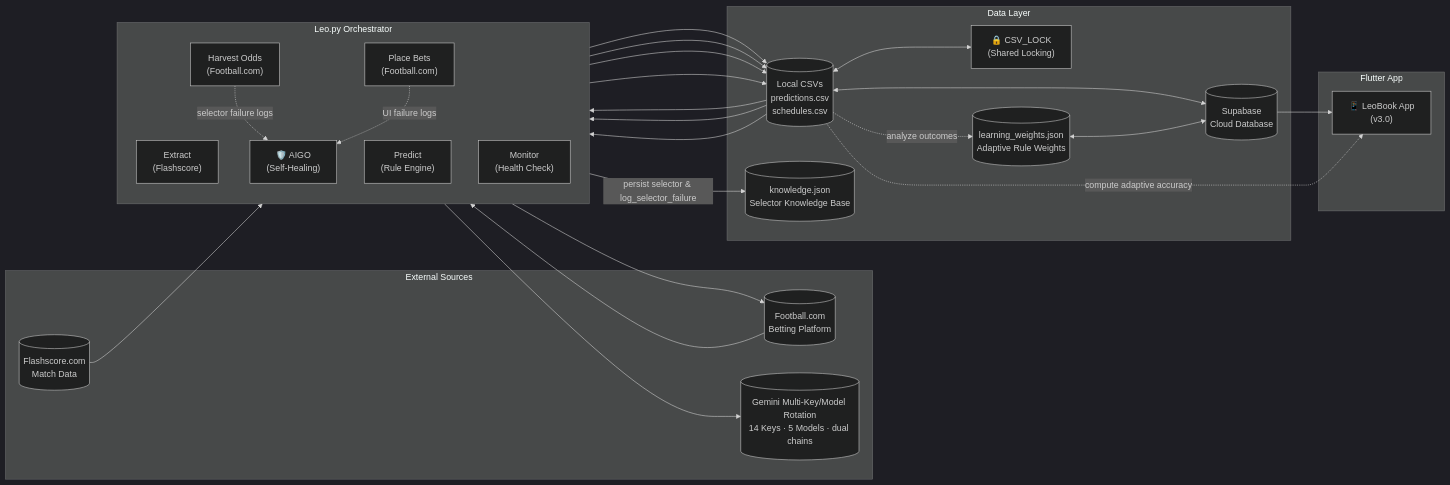
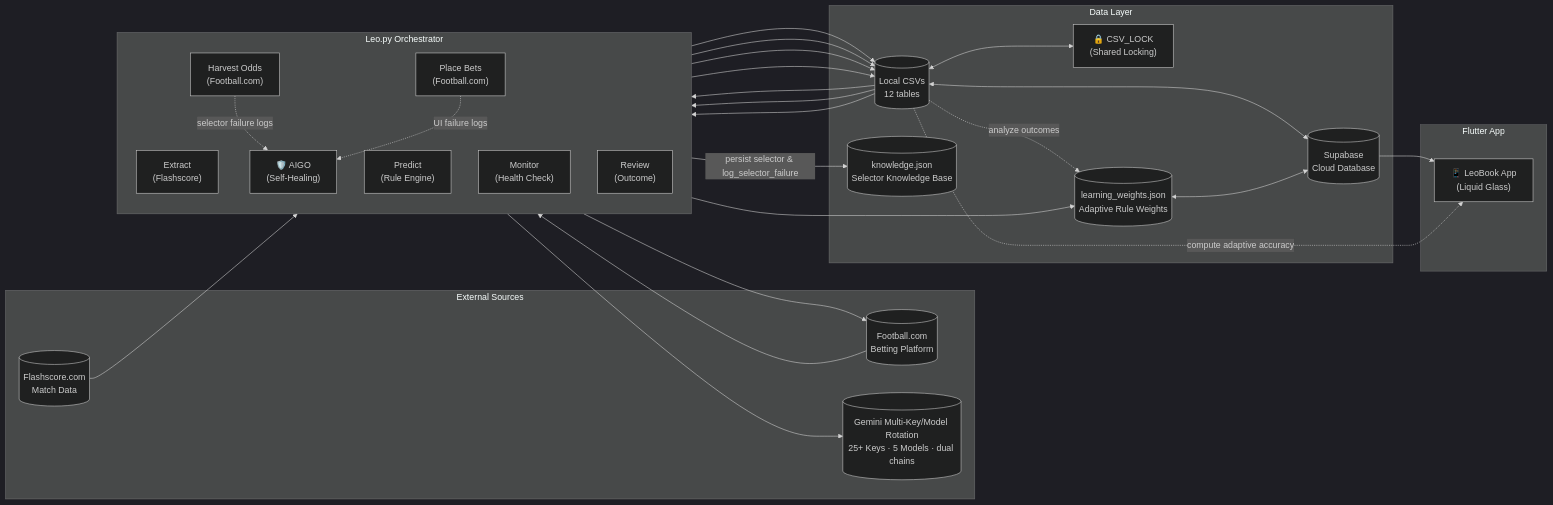
Before and after one commit to emenikecj/LeoBook: the diagram in LeoBook_Technical_Master_Report.md, drawn with Mermaid (dark theme). The commit also changed other lines of this file and 7 other files, not shown here.

````diff
--- a/LeoBook_Technical_Master_Report.md
+++ b/LeoBook_Technical_Master_Report.md
@@ -110,47 +157,49 @@
 ```mermaid
 flowchart LR
     subgraph SOURCES ["External Sources"]
         FS[("Flashscore.com<br/>Match Data")]
         FB[("Football.com<br/>Betting Platform")]
-        LLM[("Gemini Multi-Key/Model Rotation<br/>14 Keys · 5 Models · dual chains")]
+        LLM[("Gemini Multi-Key/Model Rotation<br/>25+ Keys · 5 Models · dual chains")]
     end
 
     subgraph LEO ["Leo.py Orchestrator"]
         direction TB
         EXTRACT["Extract<br/>(Flashscore)"]
         PREDICT["Predict<br/>(Rule Engine)"]
         HARVEST["Harvest Odds<br/>(Football.com)"]
         BOOK["Place Bets<br/>(Football.com)"]
         AIGO["🛡️ AIGO<br/>(Self-Healing)"]
         MONITOR["Monitor<br/>(Health Check)"]
+        REVIEW["Review<br/>(Outcome)"]
     end
 
     subgraph DATA ["Data Layer"]
-        CSV[("Local CSVs<br/>predictions.csv<br/>schedules.csv")]
+        CSV[("Local CSVs<br/>12 tables")]
         LOCK["🔒 CSV_LOCK<br/>(Shared Locking)"]
         LW[("learning_weights.json<br/>Adaptive Rule Weights")]
         KJ[("knowledge.json<br/>Selector Knowledge Base")]
         SB[("Supabase<br/>Cloud Database")]
     end
 
     subgraph APP ["Flutter App"]
-        MOBILE["📱 LeoBook App<br/>(v3.0)"]
+        MOBILE["📱 LeoBook App<br/>(Liquid Glass)"]
     end
 
     FS --> EXTRACT --> CSV
     CSV <--> LOCK
     CSV --> PREDICT --> CSV
     CSV --> HARVEST
     FB --> HARVEST --> CSV
     CSV --> BOOK --> FB
     HARVEST -.->|"selector failure logs"| AIGO
     BOOK -.->|"UI failure logs"| AIGO
     AIGO --> LLM
     AIGO -->|"persist selector & log_selector_failure"| KJ
     CSV <--> SB
     LW <--> SB
     SB --> MOBILE
     MONITOR --> CSV
+    REVIEW --> LW
     CSV -.->|"compute adaptive accuracy"| MOBILE
     CSV -.->|"analyze outcomes"| LW
 ```
````
